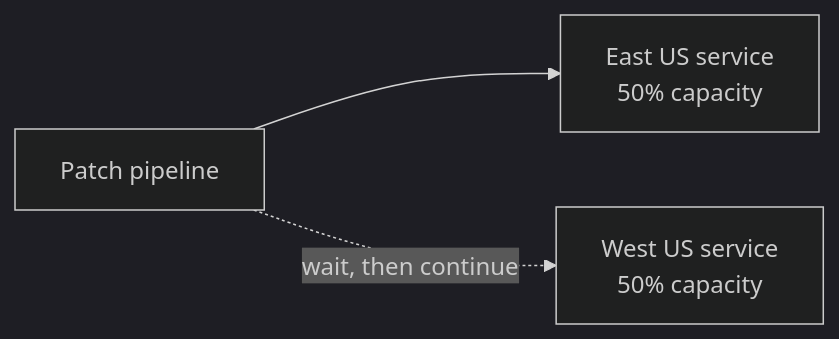
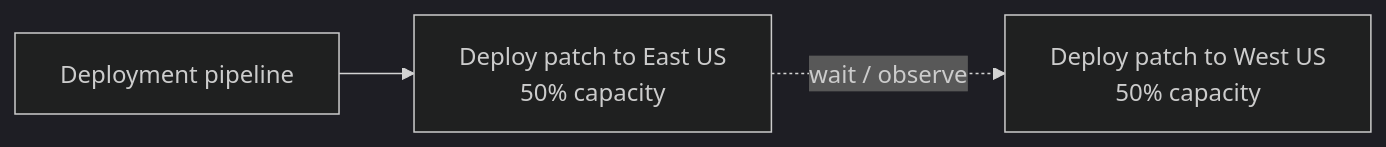
Before and after one commit to nimeshddesai/cloudmain: the second of 6 diagrams in demo-dotnet/docs/investor-demo-one-pager.md, drawn with Mermaid (dark theme). The commit also changed other lines of this file and 15 other files, not shown here.

Commit message:
Add ServiceRings patch workflow and status view

````diff
--- a/demo-dotnet/docs/investor-demo-one-pager.md
+++ b/demo-dotnet/docs/investor-demo-one-pager.md
@@ -32,7 +54,5 @@
 ```mermaid
 flowchart LR
-    P["Patch pipeline"] --> EUS
-    P -. "wait, then continue" .-> WUS
-    EUS["East US service\n50% capacity"]
-    WUS["West US service\n50% capacity"]
+    Pipeline["Deployment pipeline"] --> East["Deploy patch to East US\n50% capacity"]
+    East -. "wait / observe" .-> West["Deploy patch to West US\n50% capacity"]
 ```
````
